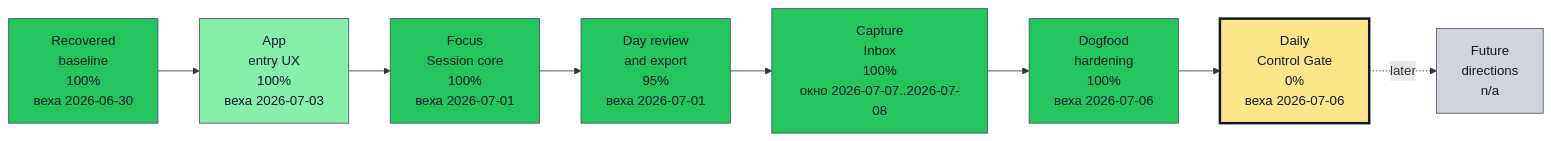
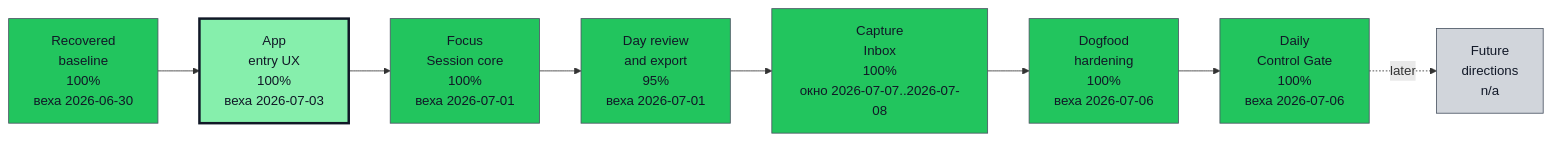
The first of 2 diagrams in docs/roadmap/opskarta.md (asukhodko/timeskein), drawn with Mermaid before and after one commit. The commit also changed other lines of this file and 5 other files, not shown here.

Commit message:
docs: close daily control dogfood gate

````diff
--- a/docs/roadmap/opskarta.md
+++ b/docs/roadmap/opskarta.md
@@ -39,38 +42,38 @@
 ```mermaid
 flowchart LR
 
     classDef exec_done fill:#22c55e,stroke:#4b5563,color:#111827,stroke-width:1px
     classDef exec_in_progress fill:#0ea5e9,stroke:#4b5563,color:#111827,stroke-width:1px
     classDef exec_blocked fill:#fecaca,stroke:#4b5563,color:#111827,stroke-width:1px
     classDef exec_not_started fill:#9ca3af,stroke:#4b5563,color:#111827,stroke-width:1px
     classDef exec_mgmt_green fill:#86efac,stroke:#4b5563,color:#111827,stroke-width:1px
     classDef exec_mgmt_yellow fill:#fde68a,stroke:#4b5563,color:#111827,stroke-width:1px
     classDef exec_mgmt_red fill:#fca5a5,stroke:#4b5563,color:#111827,stroke-width:1px
     classDef exec_mgmt_neutral fill:#d1d5db,stroke:#4b5563,color:#111827,stroke-width:1px
 
     recovered_baseline["Recovered<br/>baseline<br/>100%<br/>веха 2026-06-30"]
     class recovered_baseline exec_done
     app_entry_ux["App<br/>entry UX<br/>100%<br/>веха 2026-07-03"]
     class app_entry_ux exec_mgmt_green
+    style app_entry_ux stroke:#111827,stroke-width:3px
     focus_session_core["Focus<br/>Session core<br/>100%<br/>веха 2026-07-01"]
     class focus_session_core exec_done
     day_review_export["Day review<br/>and export<br/>95%<br/>веха 2026-07-01"]
     class day_review_export exec_done
     capture_inbox["Capture<br/>Inbox<br/>100%<br/>окно 2026-07-07..2026-07-08"]
     class capture_inbox exec_done
     dogfood_hardening["Dogfood<br/>hardening<br/>100%<br/>веха 2026-07-06"]
     class dogfood_hardening exec_done
-    daily_control_gate["Daily<br/>Control Gate<br/>0%<br/>веха 2026-07-06"]
-    class daily_control_gate exec_mgmt_yellow
-    style daily_control_gate stroke:#111827,stroke-width:3px
+    daily_control_gate["Daily<br/>Control Gate<br/>100%<br/>веха 2026-07-06"]
+    class daily_control_gate exec_done
     future_directions["Future<br/>directions<br/>n/a"]
     class future_directions exec_mgmt_neutral
 
     recovered_baseline --> app_entry_ux
     app_entry_ux --> focus_session_core
     focus_session_core --> day_review_export
     day_review_export --> capture_inbox
     capture_inbox --> dogfood_hardening
     dogfood_hardening --> daily_control_gate
     daily_control_gate -. later .-> future_directions
 ```
````
